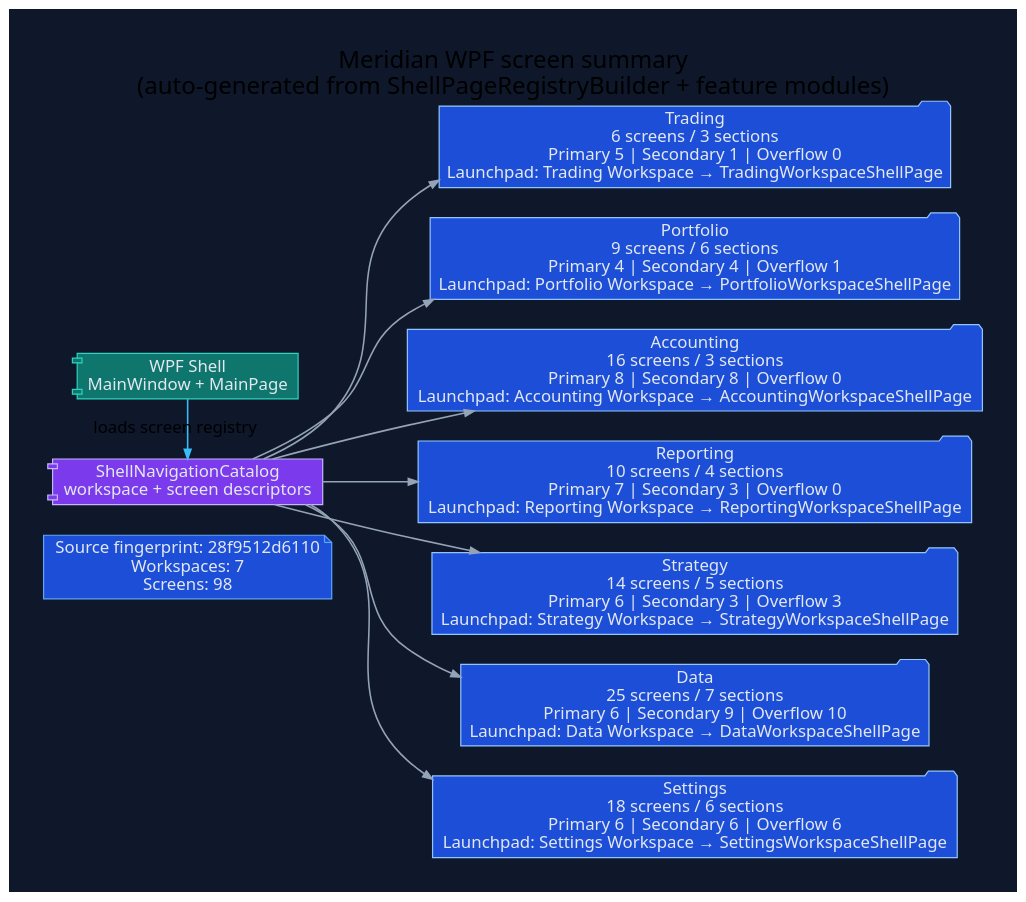
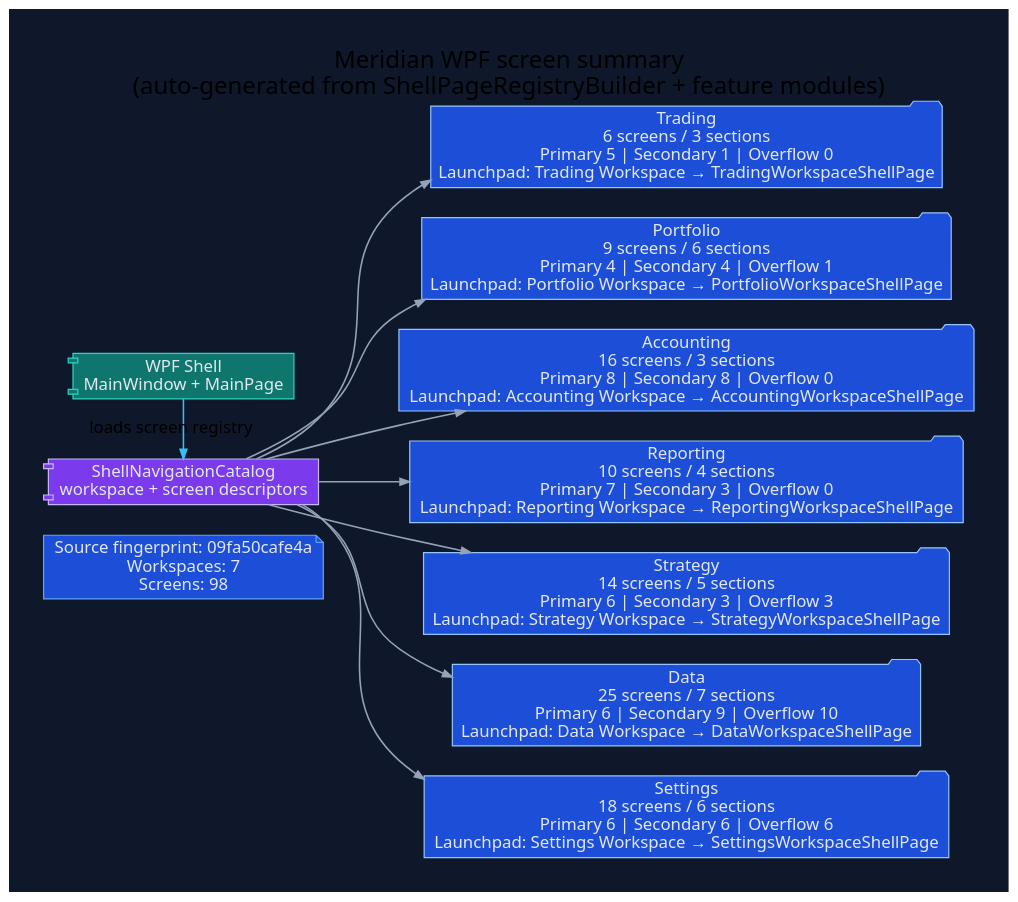
The diagram in docs/diagrams/ui/ui-wpf-screen-summary.dot (rodoHasArrived/Meridian-main), drawn with Graphviz before and after one commit. The commit also changed 263 other files, not shown here.

```diff
--- a/docs/diagrams/ui/ui-wpf-screen-summary.dot
+++ b/docs/diagrams/ui/ui-wpf-screen-summary.dot
@@ -1,42 +1,42 @@
 // -----------------------------------------------------------------------------
 // <auto-generated>
 // Generated by scripts/generate-diagrams.mjs.
 // Do not edit this file directly; update the WPF source files instead.
 // -----------------------------------------------------------------------------
 digraph WpfScreenSummary {
   graph [
     rankdir=LR,
     labelloc=t,
     label="Meridian WPF screen summary\n(auto-generated from ShellPageRegistryBuilder + feature modules)",
     fontname="Segoe UI",
     fontsize=20,
     pad=0.4,
     nodesep=0.35,
     ranksep=0.85,
     bgcolor="#0f172a"
   ];
   node [fontname="Segoe UI", shape=box, style="rounded,filled", color="#475569", fontcolor="#e2e8f0", fillcolor="#1e293b"];
   edge [fontname="Segoe UI", color="#94a3b8", penwidth=1.3, arrowsize=0.8];
 
-  generated [shape=note, fillcolor="#1d4ed8", color="#60a5fa", label="Source fingerprint: 28f9512d6110\nWorkspaces: 7\nScreens: 98"];
+  generated [shape=note, fillcolor="#1d4ed8", color="#60a5fa", label="Source fingerprint: 09fa50cafe4a\nWorkspaces: 7\nScreens: 98"];
   shell [shape=component, fillcolor="#0f766e", color="#2dd4bf", label="WPF Shell\nMainWindow + MainPage"];
   catalog [shape=component, fillcolor="#7c3aed", color="#c4b5fd", label="ShellNavigationCatalog\nworkspace + screen descriptors"];
   shell -> catalog [label="loads screen registry", color="#38bdf8"];
 
   workspace_1 [shape=folder, fillcolor="#1d4ed8", color="#93c5fd", label="Trading\n6 screens / 3 sections\nPrimary 5 | Secondary 1 | Overflow 0\nLaunchpad: Trading Workspace → TradingWorkspaceShellPage"];
   catalog -> workspace_1;
   workspace_2 [shape=folder, fillcolor="#1d4ed8", color="#93c5fd", label="Portfolio\n9 screens / 6 sections\nPrimary 4 | Secondary 4 | Overflow 1\nLaunchpad: Portfolio Workspace → PortfolioWorkspaceShellPage"];
   catalog -> workspace_2;
   workspace_3 [shape=folder, fillcolor="#1d4ed8", color="#93c5fd", label="Accounting\n16 screens / 3 sections\nPrimary 8 | Secondary 8 | Overflow 0\nLaunchpad: Accounting Workspace → AccountingWorkspaceShellPage"];
   catalog -> workspace_3;
   workspace_4 [shape=folder, fillcolor="#1d4ed8", color="#93c5fd", label="Reporting\n10 screens / 4 sections\nPrimary 7 | Secondary 3 | Overflow 0\nLaunchpad: Reporting Workspace → ReportingWorkspaceShellPage"];
   catalog -> workspace_4;
   workspace_5 [shape=folder, fillcolor="#1d4ed8", color="#93c5fd", label="Strategy\n14 screens / 5 sections\nPrimary 6 | Secondary 3 | Overflow 3\nLaunchpad: Strategy Workspace → StrategyWorkspaceShellPage"];
   catalog -> workspace_5;
   workspace_6 [shape=folder, fillcolor="#1d4ed8", color="#93c5fd", label="Data\n25 screens / 7 sections\nPrimary 6 | Secondary 9 | Overflow 10\nLaunchpad: Data Workspace → DataWorkspaceShellPage"];
   catalog -> workspace_6;
   workspace_7 [shape=folder, fillcolor="#1d4ed8", color="#93c5fd", label="Settings\n18 screens / 6 sections\nPrimary 6 | Secondary 6 | Overflow 6\nLaunchpad: Settings Workspace → SettingsWorkspaceShellPage"];
   catalog -> workspace_7;
 
   { rank=min; generated; shell; catalog; }
 }
```
